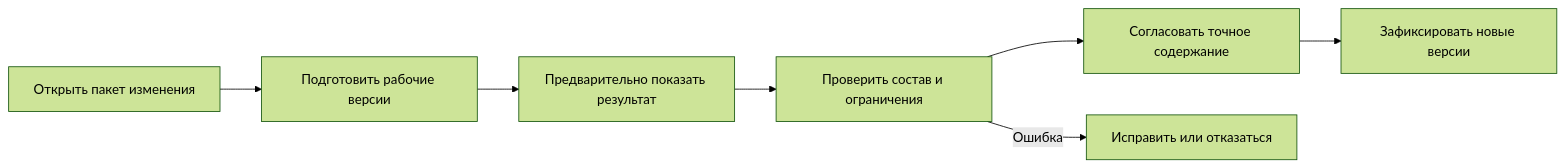
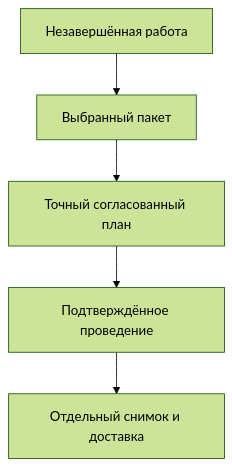
Before and after one commit to ZelAnton/Interlink-product-book: the diagram in wiki/Changes-and-evidence.md, drawn with Mermaid (forest theme). The commit also changed other lines of this file and 231 other files, not shown here.

````diff
--- a/wiki/Changes-and-evidence.md
+++ b/wiki/Changes-and-evidence.md
@@ -20,9 +17,7 @@
 ```mermaid
-flowchart LR
-    A["Открыть пакет изменения"] --> B["Подготовить рабочие версии"]
-    B --> C["Предварительно показать результат"]
-    C --> D["Проверить состав и ограничения"]
-    D --> E["Согласовать точное содержание"]
-    E --> F["Зафиксировать новые версии"]
-    D -->|"Ошибка"| G["Исправить или отказаться"]
+flowchart TB
+    A["Незавершённая работа"] --> B["Выбранный пакет"]
+    B --> C["Точный согласованный план"]
+    C --> D["Подтверждённое проведение"]
+    D --> E["Отдельный снимок и доставка"]
 ```
````
